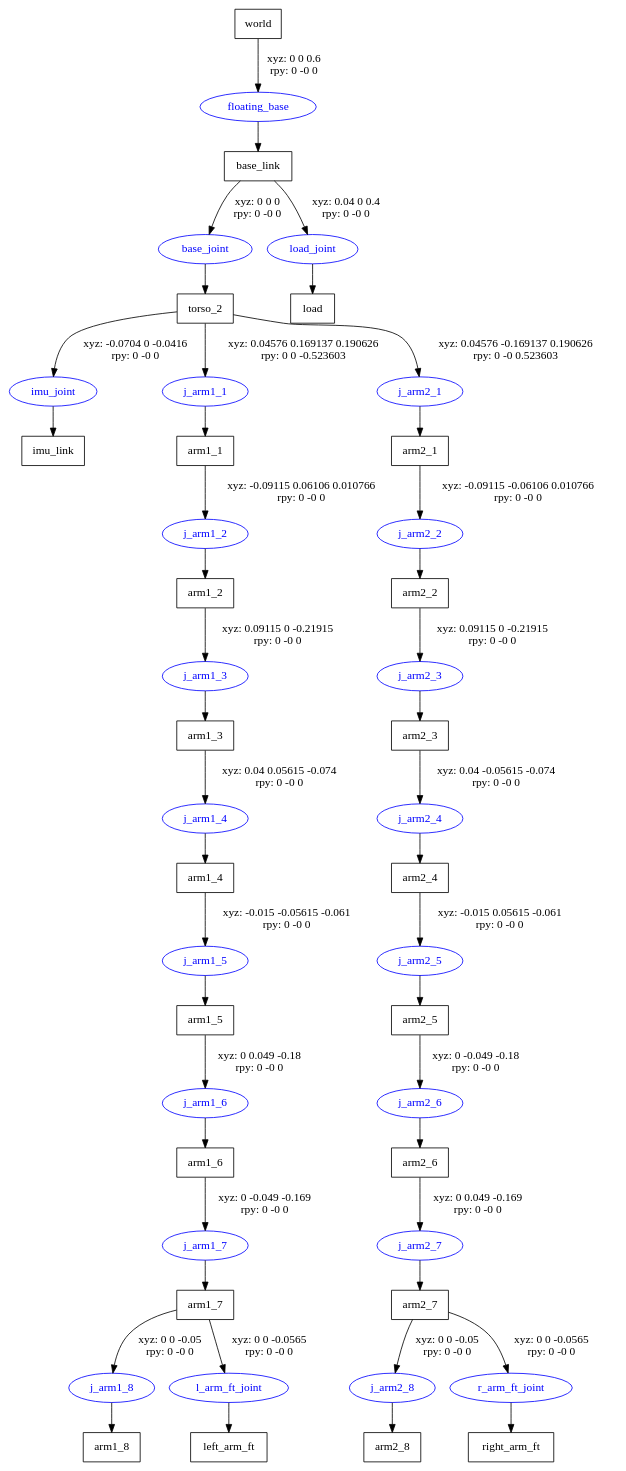
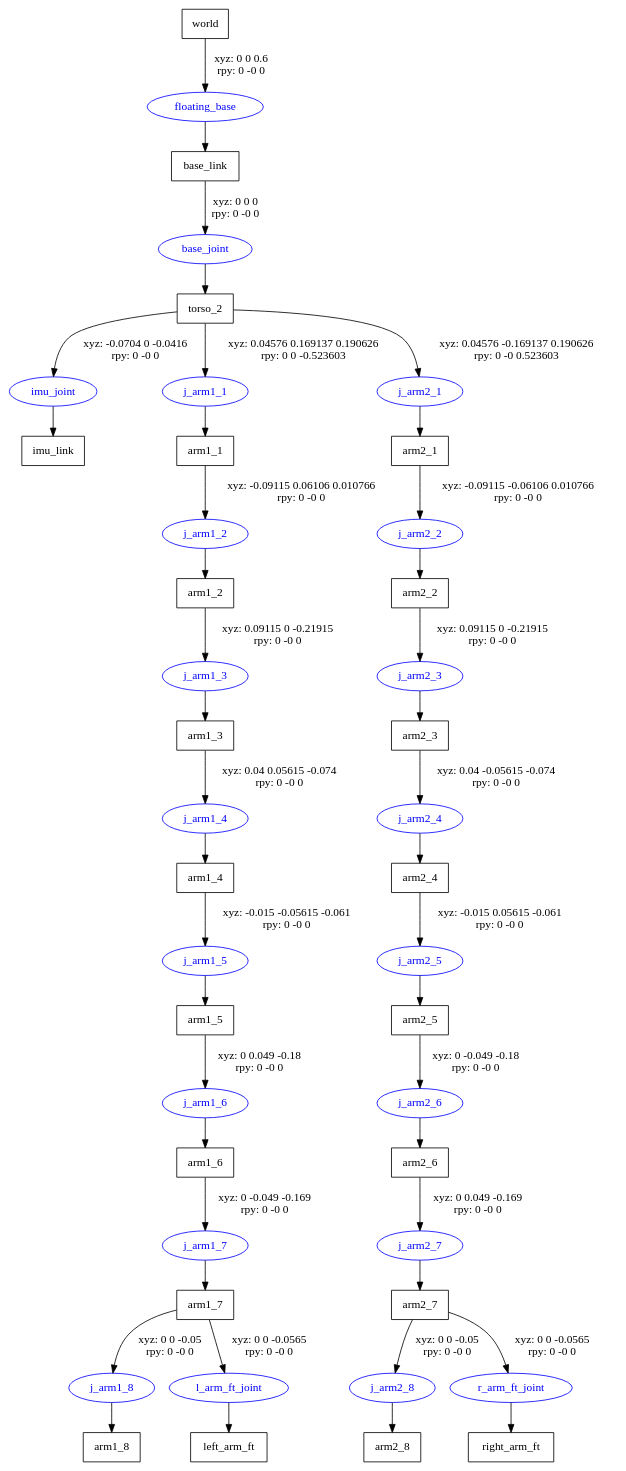
The diagram in centauro/centauro_urdf/urdf/centauro.gv (ADVRHumanoids/centauro-simulator), drawn with Graphviz before and after one commit. The commit also changed 3 other files, not shown here.

```diff
--- a/centauro/centauro_urdf/urdf/centauro.gv
+++ b/centauro/centauro_urdf/urdf/centauro.gv
@@ -1,71 +1,68 @@
 digraph G {
 node [shape=box];
 "world" [label="world"];
 "base_link" [label="base_link"];
 "torso_2" [label="torso_2"];
 "imu_link" [label="imu_link"];
 "arm1_1" [label="arm1_1"];
 "arm1_2" [label="arm1_2"];
 "arm1_3" [label="arm1_3"];
 "arm1_4" [label="arm1_4"];
 "arm1_5" [label="arm1_5"];
 "arm1_6" [label="arm1_6"];
 "arm1_7" [label="arm1_7"];
 "arm1_8" [label="arm1_8"];
 "left_arm_ft" [label="left_arm_ft"];
 "arm2_1" [label="arm2_1"];
 "arm2_2" [label="arm2_2"];
 "arm2_3" [label="arm2_3"];
 "arm2_4" [label="arm2_4"];
 "arm2_5" [label="arm2_5"];
 "arm2_6" [label="arm2_6"];
 "arm2_7" [label="arm2_7"];
 "arm2_8" [label="arm2_8"];
 "right_arm_ft" [label="right_arm_ft"];
-"load" [label="load"];
 node [shape=ellipse, color=blue, fontcolor=blue];
 "world" -> "floating_base" [label="xyz: 0 0 0.6 \nrpy: 0 -0 0"]
 "floating_base" -> "base_link"
 "base_link" -> "base_joint" [label="xyz: 0 0 0 \nrpy: 0 -0 0"]
 "base_joint" -> "torso_2"
 "torso_2" -> "imu_joint" [label="xyz: -0.0704 0 -0.0416 \nrpy: 0 -0 0"]
 "imu_joint" -> "imu_link"
 "torso_2" -> "j_arm1_1" [label="xyz: 0.04576 0.169137 0.190626 \nrpy: 0 0 -0.523603"]
 "j_arm1_1" -> "arm1_1"
 "arm1_1" -> "j_arm1_2" [label="xyz: -0.09115 0.06106 0.010766 \nrpy: 0 -0 0"]
 "j_arm1_2" -> "arm1_2"
 "arm1_2" -> "j_arm1_3" [label="xyz: 0.09115 0 -0.21915 \nrpy: 0 -0 0"]
 "j_arm1_3" -> "arm1_3"
 "arm1_3" -> "j_arm1_4" [label="xyz: 0.04 0.05615 -0.074 \nrpy: 0 -0 0"]
 "j_arm1_4" -> "arm1_4"
 "arm1_4" -> "j_arm1_5" [label="xyz: -0.015 -0.05615 -0.061 \nrpy: 0 -0 0"]
 "j_arm1_5" -> "arm1_5"
 "arm1_5" -> "j_arm1_6" [label="xyz: 0 0.049 -0.18 \nrpy: 0 -0 0"]
 "j_arm1_6" -> "arm1_6"
 "arm1_6" -> "j_arm1_7" [label="xyz: 0 -0.049 -0.169 \nrpy: 0 -0 0"]
 "j_arm1_7" -> "arm1_7"
 "arm1_7" -> "j_arm1_8" [label="xyz: 0 0 -0.05 \nrpy: 0 -0 0"]
 "j_arm1_8" -> "arm1_8"
 "arm1_7" -> "l_arm_ft_joint" [label="xyz: 0 0 -0.0565 \nrpy: 0 -0 0"]
 "l_arm_ft_joint" -> "left_arm_ft"
 "torso_2" -> "j_arm2_1" [label="xyz: 0.04576 -0.169137 0.190626 \nrpy: 0 -0 0.523603"]
 "j_arm2_1" -> "arm2_1"
 "arm2_1" -> "j_arm2_2" [label="xyz: -0.09115 -0.06106 0.010766 \nrpy: 0 -0 0"]
 "j_arm2_2" -> "arm2_2"
 "arm2_2" -> "j_arm2_3" [label="xyz: 0.09115 0 -0.21915 \nrpy: 0 -0 0"]
 "j_arm2_3" -> "arm2_3"
 "arm2_3" -> "j_arm2_4" [label="xyz: 0.04 -0.05615 -0.074 \nrpy: 0 -0 0"]
 "j_arm2_4" -> "arm2_4"
 "arm2_4" -> "j_arm2_5" [label="xyz: -0.015 0.05615 -0.061 \nrpy: 0 -0 0"]
 "j_arm2_5" -> "arm2_5"
 "arm2_5" -> "j_arm2_6" [label="xyz: 0 -0.049 -0.18 \nrpy: 0 -0 0"]
 "j_arm2_6" -> "arm2_6"
 "arm2_6" -> "j_arm2_7" [label="xyz: 0 0.049 -0.169 \nrpy: 0 -0 0"]
 "j_arm2_7" -> "arm2_7"
 "arm2_7" -> "j_arm2_8" [label="xyz: 0 0 -0.05 \nrpy: 0 -0 0"]
 "j_arm2_8" -> "arm2_8"
 "arm2_7" -> "r_arm_ft_joint" [label="xyz: 0 0 -0.0565 \nrpy: 0 -0 0"]
 "r_arm_ft_joint" -> "right_arm_ft"
-"base_link" -> "load_joint" [label="xyz: 0.04 0 0.4 \nrpy: 0 -0 0"]
-"load_joint" -> "load"
 }
```
